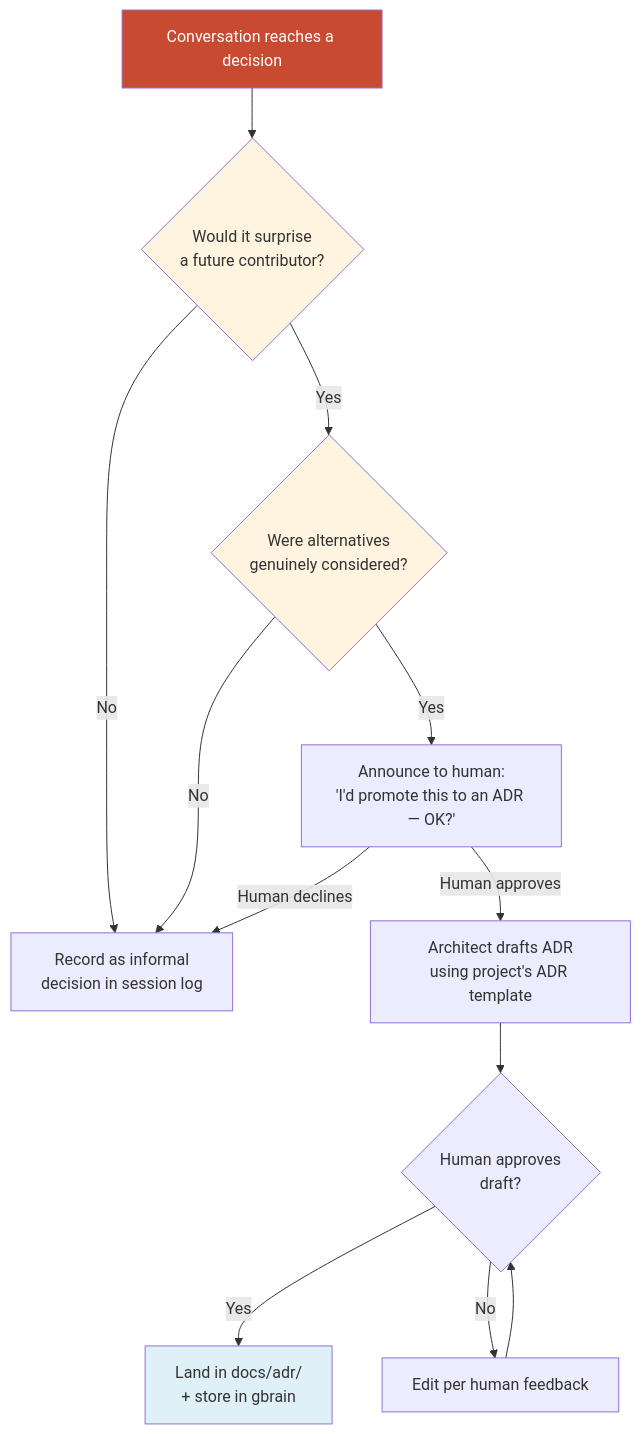
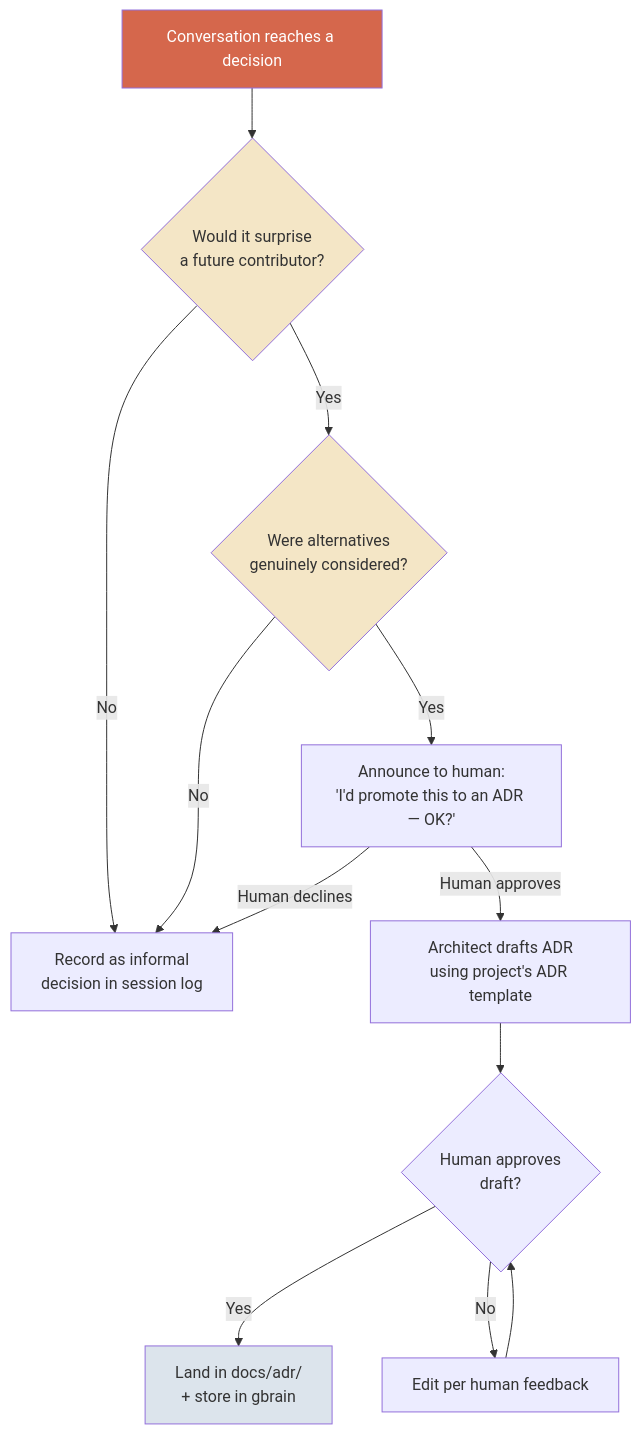
The tenth of 17 diagrams in METHOD.md (nlawstudio/ai-refinement-method), drawn with Mermaid before and after one commit. The commit also changed other lines of this file and 1 other file, not shown here.

````diff
--- a/METHOD.md
+++ b/METHOD.md
@@ -937,19 +958,19 @@
 ```mermaid
 flowchart TD
     Conv[Conversation reaches a decision] --> A{Would it surprise<br/>a future contributor?}
     A -->|Yes| B{Were alternatives<br/>genuinely considered?}
     A -->|No| Informal["Record as informal<br/>decision in session log"]
     B -->|Yes| Announce["Announce to human:<br/>'I'd promote this to an ADR — OK?'"]
     B -->|No| Informal
     Announce -->|Human approves| Draft[Architect drafts ADR<br/>using project's ADR template]
     Announce -->|Human declines| Informal
     Draft --> Review{Human approves<br/>draft?}
     Review -->|Yes| Land[Land in docs/adr/<br/>+ store in gbrain]
     Review -->|No| Edit[Edit per human feedback]
     Edit --> Review
 
-    style Conv fill:#C84B31,color:#fff
-    style A fill:#fff4e0
-    style B fill:#fff4e0
-    style Land fill:#e0f0f8
+    style Conv fill:#D5674C,color:#fff
+    style A fill:#F4E6C6
+    style B fill:#F4E6C6
+    style Land fill:#DCE4EC
 ```
````
